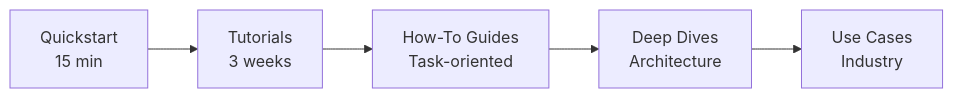
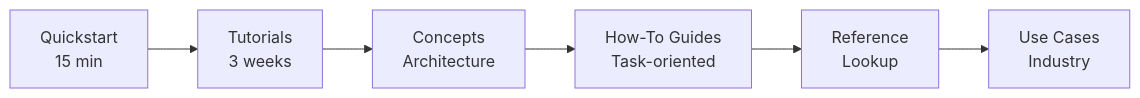
Before and after one commit to openwallet-foundation-labs/sd-jwt-dotnet: the second of 2 diagrams in docs/README.md, drawn with Mermaid. The commit also changed other lines of this file and 364 other files, not shown here.

````diff
--- a/docs/README.md
+++ b/docs/README.md
@@ -34,7 +94,8 @@
 ```mermaid
 flowchart LR
     QS[Quickstart<br/>15 min] --> Tutorials[Tutorials<br/>3 weeks]
-    Tutorials --> Guides[How-To Guides<br/>Task-oriented]
-    Guides --> Concepts[Deep Dives<br/>Architecture]
-    Concepts --> UseCases[Use Cases<br/>Industry]
+    Tutorials --> Concepts[Concepts<br/>Architecture]
+    Concepts --> Guides[How-To Guides<br/>Task-oriented]
+    Guides --> Reference[Reference<br/>Lookup]
+    Reference --> UseCases[Use Cases<br/>Industry]
 ```
````
